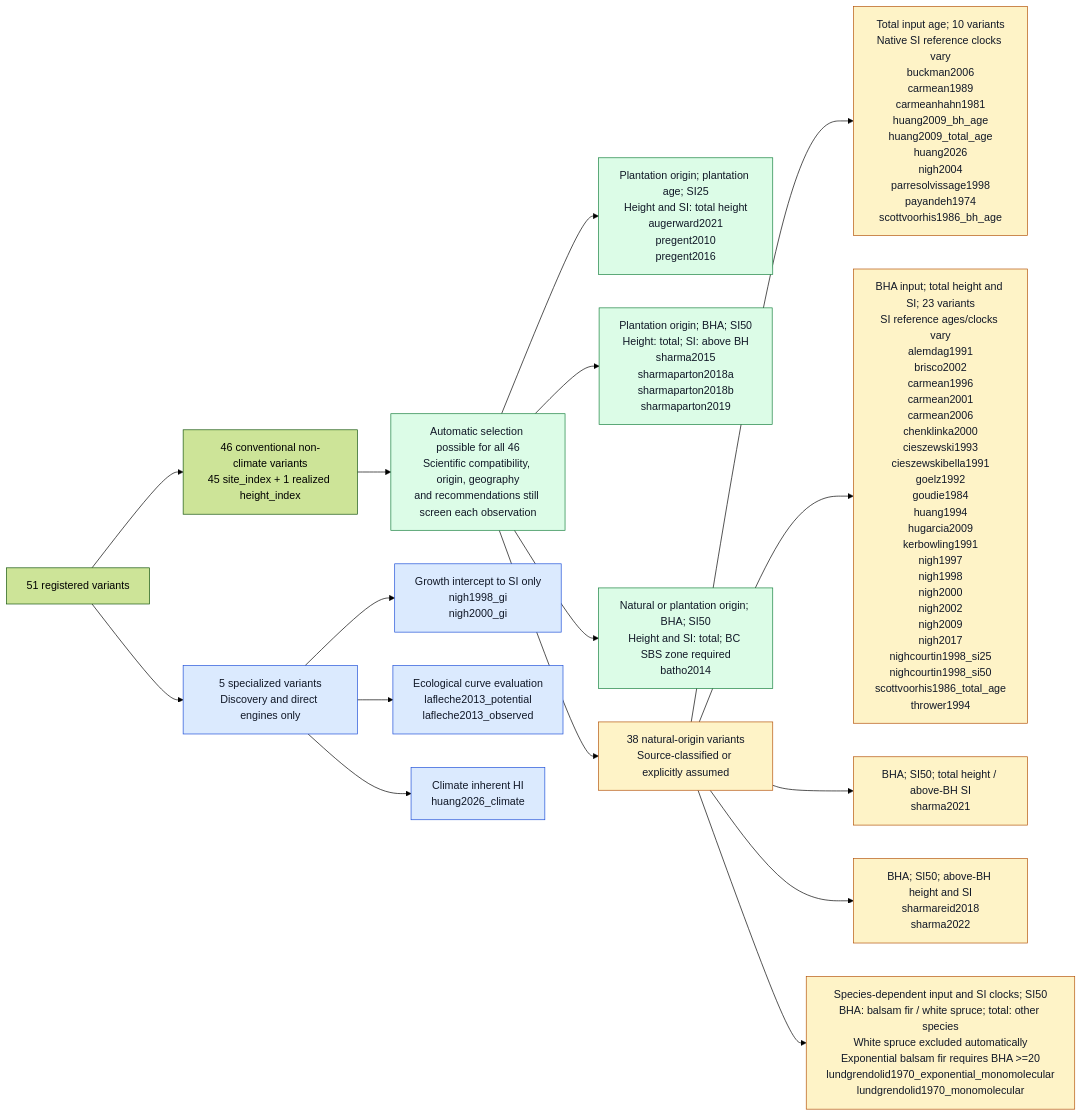
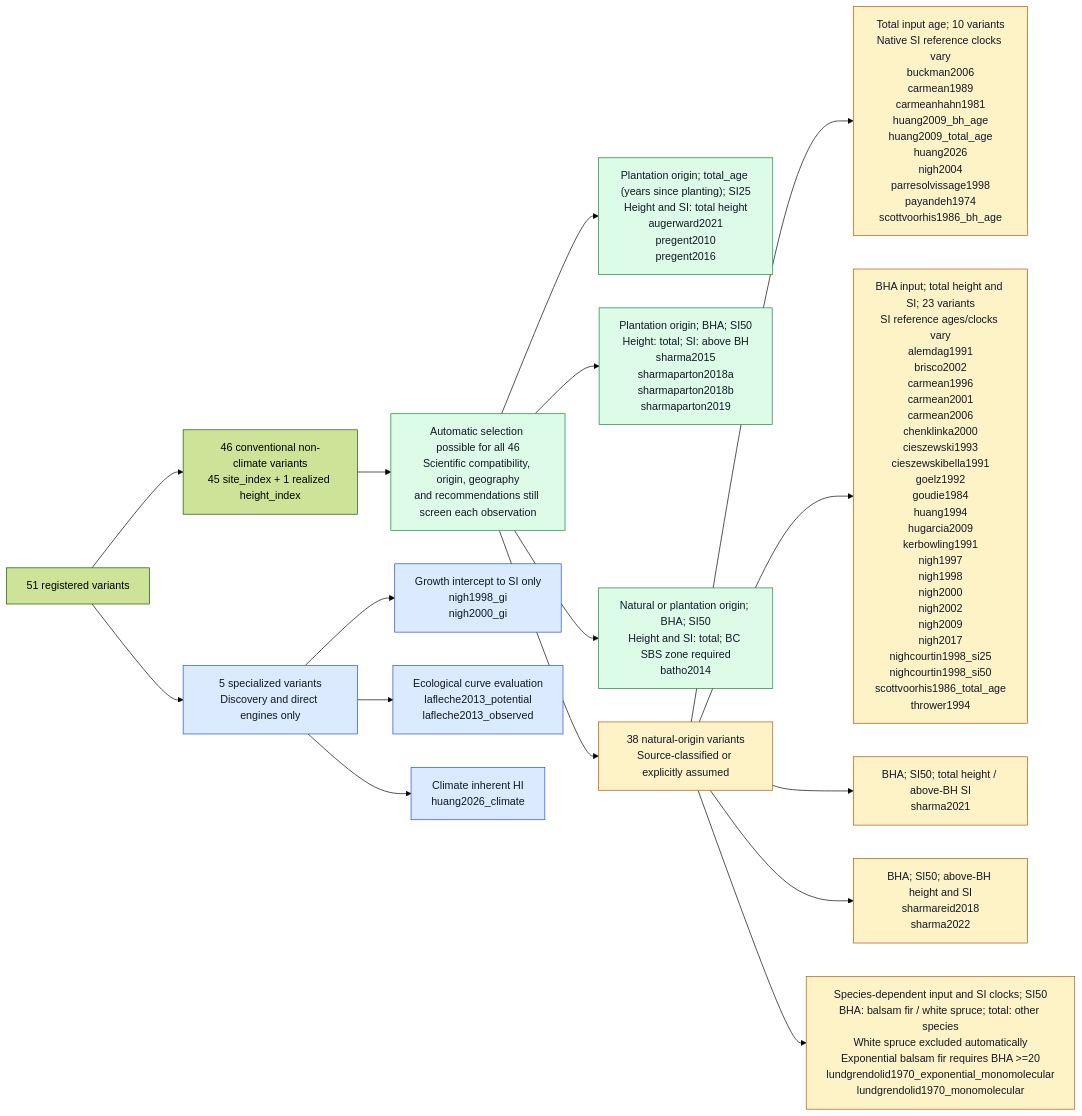
Before and after one commit to ptompalski/CanadaForestAllometry: the third of 3 diagrams in si_model_selection.md, drawn with Mermaid (forest theme). The commit also changed other lines of this file and 95 other files, not shown here.

````diff
--- a/si_model_selection.md
+++ b/si_model_selection.md
@@ -151,29 +151,29 @@
 ```mermaid
 flowchart LR
     registry["51 registered variants"] --> conventional["46 conventional non-climate variants<br/>45 site_index + 1 realized height_index"]
     registry --> specialized["5 specialized variants<br/>Discovery and direct engines only"]
 
     conventional --> automatic["Automatic selection possible for all 46<br/>Scientific compatibility, origin, geography<br/>and recommendations still screen each observation"]
 
-    automatic --> plantations["Plantation origin; plantation age; SI25<br/>Height and SI: total height<br/>augerward2021<br/>pregent2010<br/>pregent2016"]
+    automatic --> plantations["Plantation origin; total_age (years since planting); SI25<br/>Height and SI: total height<br/>augerward2021<br/>pregent2010<br/>pregent2016"]
     automatic --> plantedbha["Plantation origin; BHA; SI50<br/>Height: total; SI: above BH<br/>sharma2015<br/>sharmaparton2018a<br/>sharmaparton2018b<br/>sharmaparton2019"]
     automatic --> eitherorigin["Natural or plantation origin; BHA; SI50<br/>Height and SI: total; BC SBS zone required<br/>batho2014"]
 
     automatic --> natural["38 natural-origin variants<br/>Source-classified or explicitly assumed"]
     natural --> total["Total input age; 10 variants<br/>Native SI reference clocks vary<br/>buckman2006<br/>carmean1989<br/>carmeanhahn1981<br/>huang2009_bh_age<br/>huang2009_total_age<br/>huang2026<br/>nigh2004<br/>parresolvissage1998<br/>payandeh1974<br/>scottvoorhis1986_bh_age"]
     natural --> bha["BHA input; total height and SI; 23 variants<br/>SI reference ages/clocks vary<br/>alemdag1991<br/>brisco2002<br/>carmean1996<br/>carmean2001<br/>carmean2006<br/>chenklinka2000<br/>cieszewski1993<br/>cieszewskibella1991<br/>goelz1992<br/>goudie1984<br/>huang1994<br/>hugarcia2009<br/>kerbowling1991<br/>nigh1997<br/>nigh1998<br/>nigh2000<br/>nigh2002<br/>nigh2009<br/>nigh2017<br/>nighcourtin1998_si25<br/>nighcourtin1998_si50<br/>scottvoorhis1986_total_age<br/>thrower1994"]
     natural --> naturalheight["BHA; SI50; total height / above-BH SI<br/>sharma2021"]
     natural --> naturalabove["BHA; SI50; above-BH height and SI<br/>sharmareid2018<br/>sharma2022"]
     natural --> speciesclock["Species-dependent input and SI clocks; SI50<br/>BHA: balsam fir / white spruce; total: other species<br/>White spruce excluded automatically<br/>Exponential balsam fir requires BHA >=20<br/>lundgrendolid1970_exponential_monomolecular<br/>lundgrendolid1970_monomolecular"]
 
     specialized --> gi["Growth intercept to SI only<br/>nigh1998_gi<br/>nigh2000_gi"]
     specialized --> eco["Ecological curve evaluation<br/>lafleche2013_potential<br/>lafleche2013_observed"]
     specialized --> climate["Climate inherent HI<br/>huang2026_climate"]
 
     classDef good fill:#dcfce7,stroke:#15803d,color:#111827;
     classDef caution fill:#fef3c7,stroke:#b45309,color:#111827;
     classDef separate fill:#dbeafe,stroke:#1d4ed8,color:#111827;
     class automatic,plantations,plantedbha,eitherorigin good;
     class natural,total,bha,naturalheight,naturalabove,speciesclock caution;
     class specialized,gi,eco,climate separate;
 ```
````
